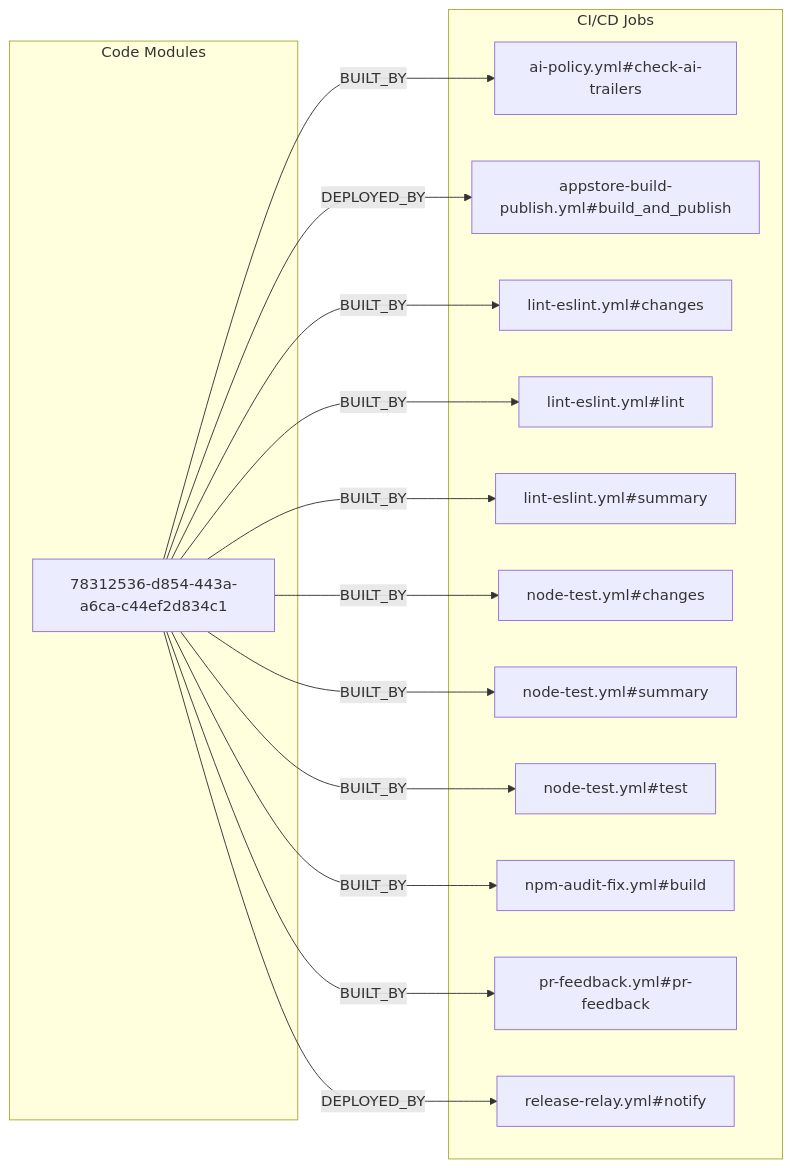
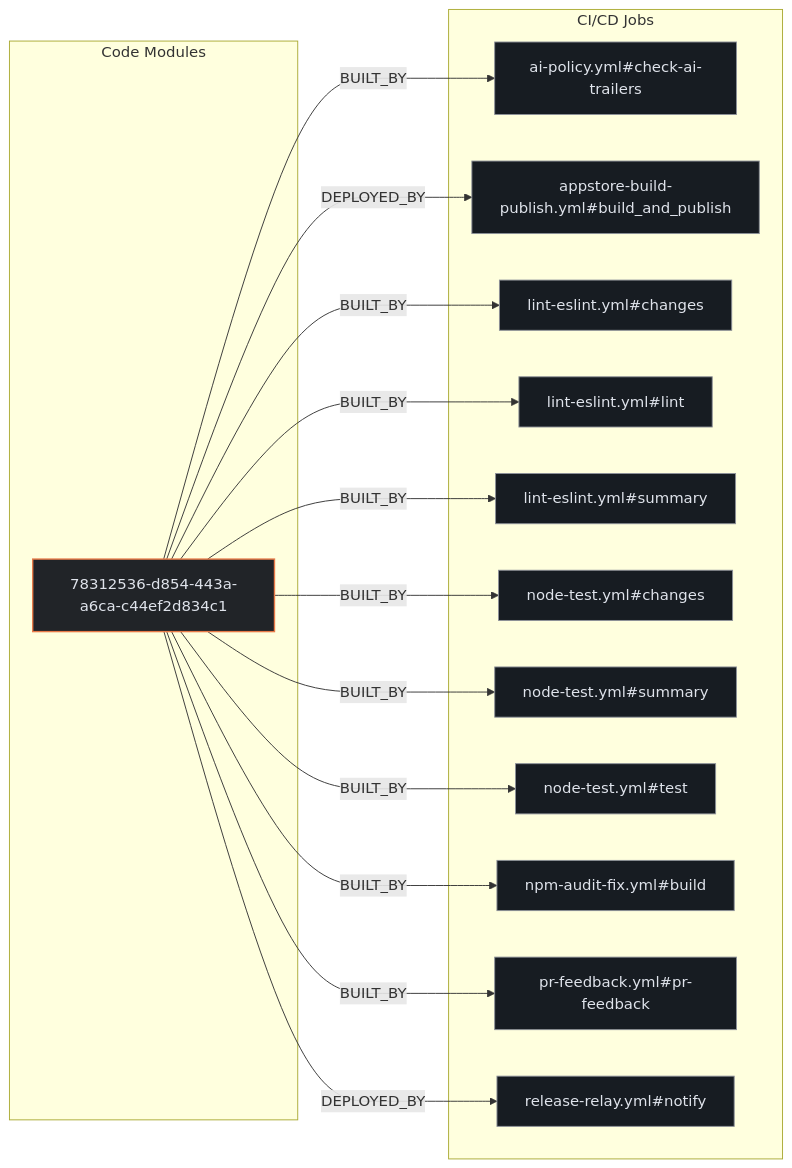
One commit to kumarshaz/atruss-code-atlas changed the second of 3 diagrams in exports/latest/reports/nextcloud-files_mindmap-report.md. Above: the diagram before and after it, drawn with Mermaid. The commit also changed other lines of this file and 331 other files, not shown here.

Commit message:
docs,ui,fix: update SDLC docs, reorder CI/CD DAG first, stylize Mermaid, and fix Arc42 pipeline topology

````diff
--- a/exports/latest/reports/nextcloud-files_mindmap-report.md
+++ b/exports/latest/reports/nextcloud-files_mindmap-report.md
@@ -110,30 +117,34 @@
 ```mermaid
 flowchart LR
+    classDef atlasCategory fill:#212428,stroke:#E87A48,stroke-width:1.5px,color:#dfe3eb
+    classDef atlasWorkflow fill:#1b2026,stroke:#a3c9ff,stroke-width:1.5px,color:#dfe3eb
+    classDef atlasJob fill:#171c22,stroke:#8d9199,stroke-width:1px,color:#dfe3eb
+    classDef atlasTarget fill:#005227,stroke:#8bd99b,stroke-width:1.5px,color:#a7f6b6
     subgraph code_modules["Code Modules"]
-        mod_78312536_d854_443a_a6ca_c44ef2d834c1["78312536-d854-443a-a6ca-c44ef2d834c1"]
+        mod_78312536_d854_443a_a6ca_c44ef2d834c1["78312536-d854-443a-a6ca-c44ef2d834c1"]:::atlasCategory
     end
     subgraph ci_jobs["CI/CD Jobs"]
-        job_ai_policy_yml_check_ai_trailers["ai-policy.yml#check-ai-trailers"]
-        job_appstore_build_publish_yml_build_and_publish["appstore-build-publish.yml#build_and_publish"]
-        job_lint_eslint_yml_changes["lint-eslint.yml#changes"]
-        job_lint_eslint_yml_lint["lint-eslint.yml#lint"]
-        job_lint_eslint_yml_summary["lint-eslint.yml#summary"]
-        job_node_test_yml_changes["node-test.yml#changes"]
-        job_node_test_yml_summary["node-test.yml#summary"]
-        job_node_test_yml_test["node-test.yml#test"]
-        job_npm_audit_fix_yml_build["npm-audit-fix.yml#build"]
-        job_pr_feedback_yml_pr_feedback["pr-feedback.yml#pr-feedback"]
-        job_release_relay_yml_notify["release-relay.yml#notify"]
+        job_ai_policy_yml_check_ai_trailers["ai-policy.yml#check-ai-trailers"]:::atlasJob
+        job_appstore_build_publish_yml_build_and_publish["appstore-build-publish.yml#build_and_publish"]:::atlasJob
+        job_lint_eslint_yml_changes["lint-eslint.yml#changes"]:::atlasJob
+        job_lint_eslint_yml_lint["lint-eslint.yml#lint"]:::atlasJob
+        job_lint_eslint_yml_summary["lint-eslint.yml#summary"]:::atlasJob
+        job_node_test_yml_changes["node-test.yml#changes"]:::atlasJob
+        job_node_test_yml_summary["node-test.yml#summary"]:::atlasJob
+        job_node_test_yml_test["node-test.yml#test"]:::atlasJob
+        job_npm_audit_fix_yml_build["npm-audit-fix.yml#build"]:::atlasJob
+        job_pr_feedback_yml_pr_feedback["pr-feedback.yml#pr-feedback"]:::atlasJob
+        job_release_relay_yml_notify["release-relay.yml#notify"]:::atlasJob
     end
     mod_78312536_d854_443a_a6ca_c44ef2d834c1 -->|BUILT_BY| job_ai_policy_yml_check_ai_trailers
     mod_78312536_d854_443a_a6ca_c44ef2d834c1 -->|BUILT_BY| job_lint_eslint_yml_changes
     mod_78312536_d854_443a_a6ca_c44ef2d834c1 -->|BUILT_BY| job_lint_eslint_yml_lint
     mod_78312536_d854_443a_a6ca_c44ef2d834c1 -->|BUILT_BY| job_lint_eslint_yml_summary
     mod_78312536_d854_443a_a6ca_c44ef2d834c1 -->|BUILT_BY| job_node_test_yml_changes
     mod_78312536_d854_443a_a6ca_c44ef2d834c1 -->|BUILT_BY| job_node_test_yml_summary
     mod_78312536_d854_443a_a6ca_c44ef2d834c1 -->|BUILT_BY| job_node_test_yml_test
     mod_78312536_d854_443a_a6ca_c44ef2d834c1 -->|BUILT_BY| job_npm_audit_fix_yml_build
     mod_78312536_d854_443a_a6ca_c44ef2d834c1 -->|BUILT_BY| job_pr_feedback_yml_pr_feedback
     mod_78312536_d854_443a_a6ca_c44ef2d834c1 -->|DEPLOYED_BY| job_appstore_build_publish_yml_build_and_publish
     mod_78312536_d854_443a_a6ca_c44ef2d834c1 -->|DEPLOYED_BY| job_release_relay_yml_notify
 ```
````
